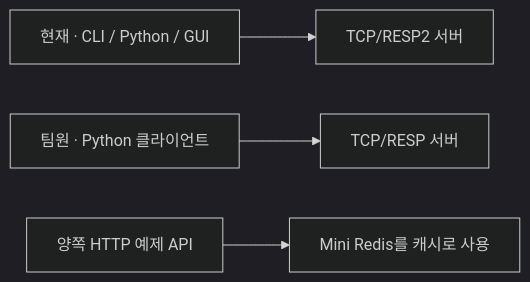
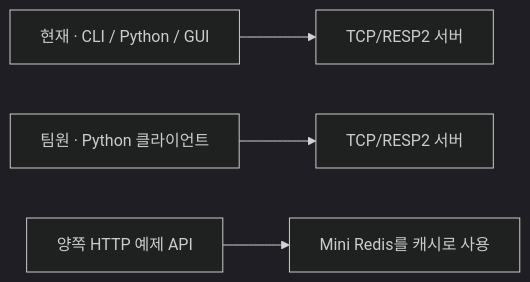
The fourth of 6 diagrams in README.md (woojinnj/mini-redis), drawn with Mermaid (dark theme) before and after one commit. The commit also changed other lines of this file and 1 other file, not shown here.

Commit message:
docs: use RESP2 consistently in Redis comparison

````diff
--- a/README.md
+++ b/README.md
@@ -80,6 +80,6 @@
 ```mermaid
 flowchart LR
     A["현재 · CLI / Python / GUI"] --> B["TCP/RESP2 서버"]
-    C["팀원 · Python 클라이언트"] --> D["TCP/RESP 서버"]
+    C["팀원 · Python 클라이언트"] --> D["TCP/RESP2 서버"]
     E["양쪽 HTTP 예제 API"] --> F["Mini Redis를 캐시로 사용"]
 ```
````
